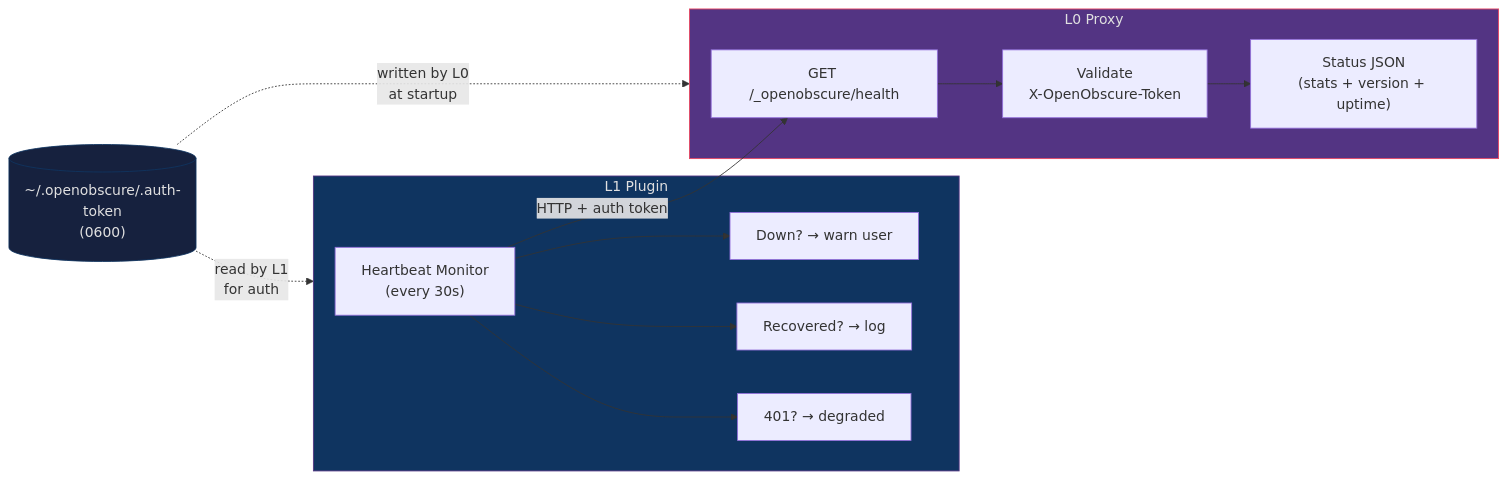
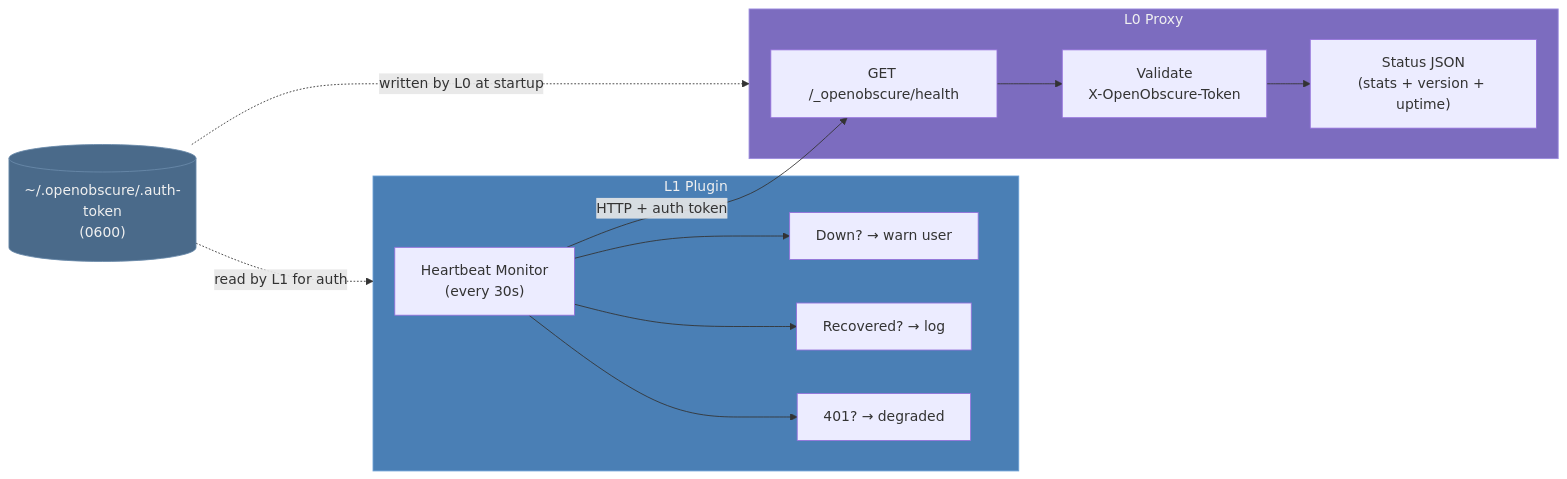
One commit to OpenObscure/OpenObscure changed diagram 11 of 15 in ARCHITECTURE.md. Above: the diagram before and after it, drawn with Mermaid. The commit also changed other lines of this file and 7 other files, not shown here.

First line of the commit message:
Improve diagrams, screenshot, and repo hygiene

````diff
--- a/ARCHITECTURE.md
+++ b/ARCHITECTURE.md
@@ -551,26 +551,26 @@
 ```mermaid
 flowchart LR
     subgraph l1side ["L1 Plugin"]
-        hb["Heartbeat Monitor\n(every 30s)"]
+        hb["Heartbeat Monitor<br>(every 30s)"]
         hb --> down["Down? → warn user"]
         hb --> back["Recovered? → log"]
         hb --> auth_fail["401? → degraded"]
     end
 
     subgraph l0side ["L0 Proxy"]
         endpoint["GET /_openobscure/health"]
-        auth_check["Validate\nX-OpenObscure-Token"]
-        response["Status JSON\n(stats + version + uptime)"]
+        auth_check["Validate<br>X-OpenObscure-Token"]
+        response["Status JSON<br>(stats + version + uptime)"]
         endpoint --> auth_check --> response
     end
 
-    token[("~/.openobscure/.auth-token\n(0600)")]
+    token[("~/.openobscure/.auth-token<br>(0600)")]
 
     hb -- "HTTP + auth token" --> endpoint
-    token -. "written by L0\nat startup" .-> l0side
-    token -. "read by L1\nfor auth" .-> l1side
+    token -. "written by L0 at startup" .-> l0side
+    token -. "read by L1 for auth" .-> l1side
 
-    style l0side fill:#533483,stroke:#e94560,color:#e0e0e0
-    style l1side fill:#0f3460,stroke:#533483,color:#e0e0e0
-    style token fill:#16213e,stroke:#0f3460,color:#e0e0e0
+    style l0side fill:#7c6cbf,stroke:#9c8cdf,color:#f0f0f0
+    style l1side fill:#4a7fb5,stroke:#6a9fd5,color:#f0f0f0
+    style token fill:#4a6a8a,stroke:#6a8aaa,color:#f0f0f0
 ```
````
